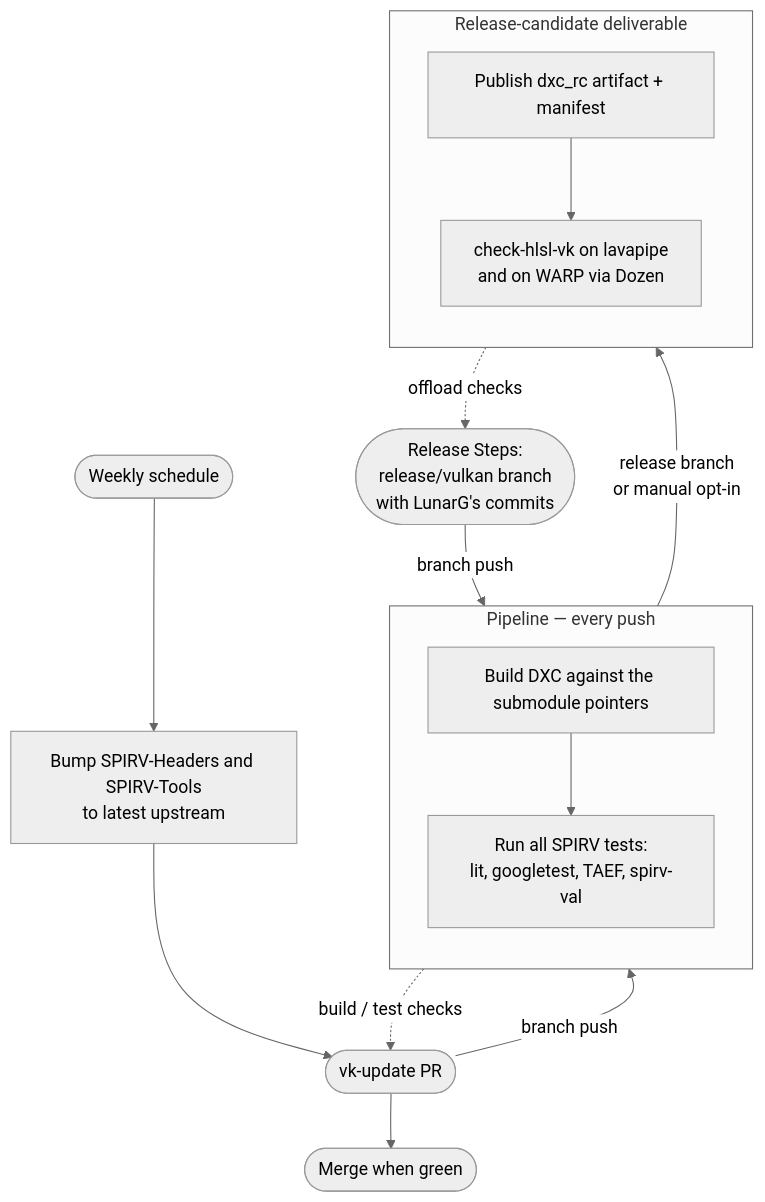
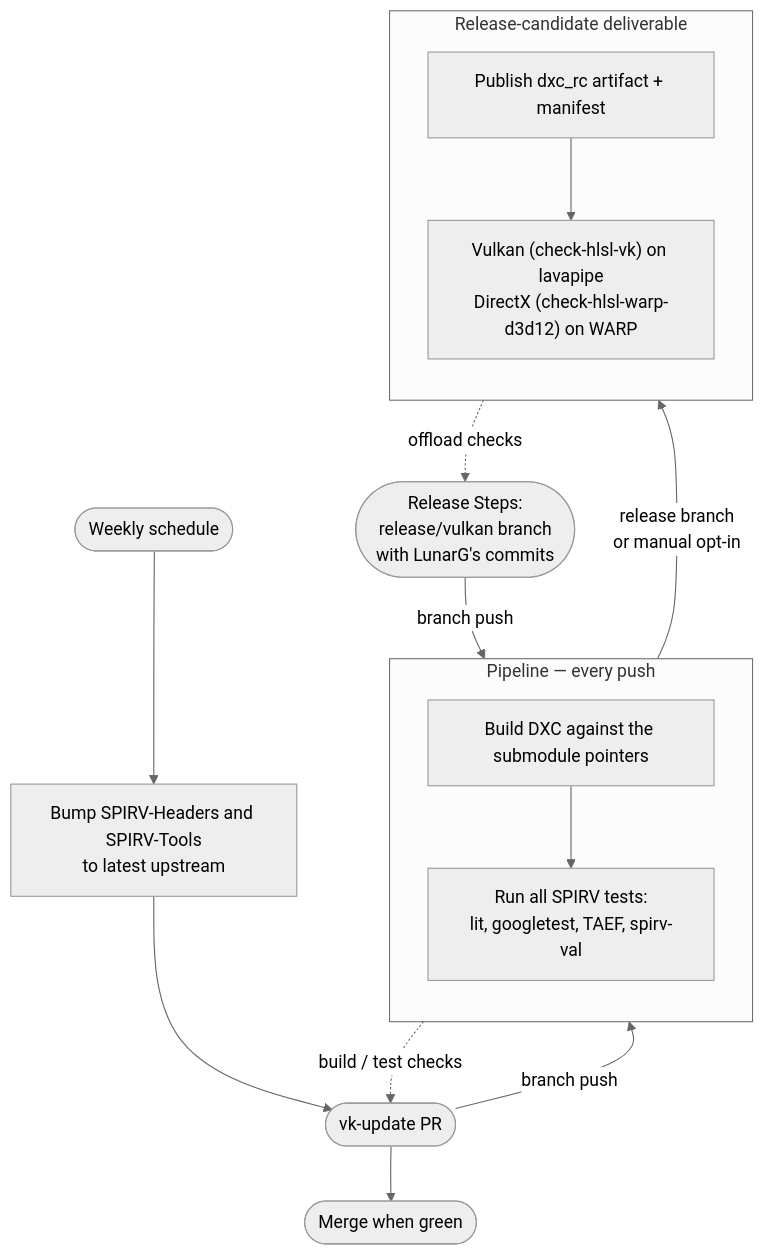
The diagram in .github/workflows/spec.md (joaosaffran/DirectXShaderCompiler), drawn with Mermaid (neutral theme) before and after one commit. The commit also changed other lines of this file and 3 other files, not shown here.

````diff
--- a/.github/workflows/spec.md
+++ b/.github/workflows/spec.md
@@ -50,24 +50,24 @@
 ```mermaid
 flowchart TD
     schedule(["Weekly schedule"]) --> bump
     bump["Bump SPIRV-Headers and SPIRV-Tools<br/>to latest upstream"] --> vkpr
     vkpr(["vk-update PR"]) -->|branch push| build
     release(["Release Steps:<br/>release/vulkan branch<br/>with LunarG's commits"]) -->|branch push| build
 
     subgraph pipeline ["Pipeline — every push"]
         direction TB
         build["Build DXC against the submodule pointers"] --> test
         test["Run all SPIRV tests:<br/>lit, googletest, TAEF, spirv-val"]
     end
 
     test -->|release branch<br/>or manual opt-in| publish
     subgraph deliverable ["Release-candidate deliverable"]
         direction TB
         publish["Publish dxc_rc artifact + manifest"] --> offload
-        offload["check-hlsl-vk on lavapipe<br/>and on WARP via Dozen"]
+        offload["Vulkan (check-hlsl-vk) on lavapipe<br/>DirectX (check-hlsl-warp-d3d12) on WARP"]
     end
 
     test -. build / test checks .-> vkpr
     offload -. offload checks .-> release
     vkpr --> merge(["Merge when green"])
 ```
````
